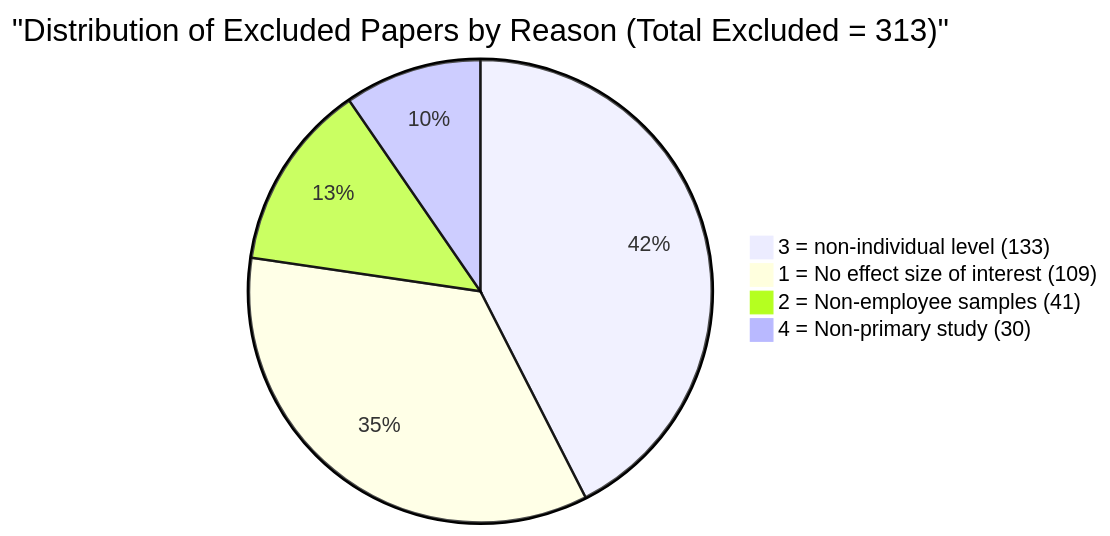
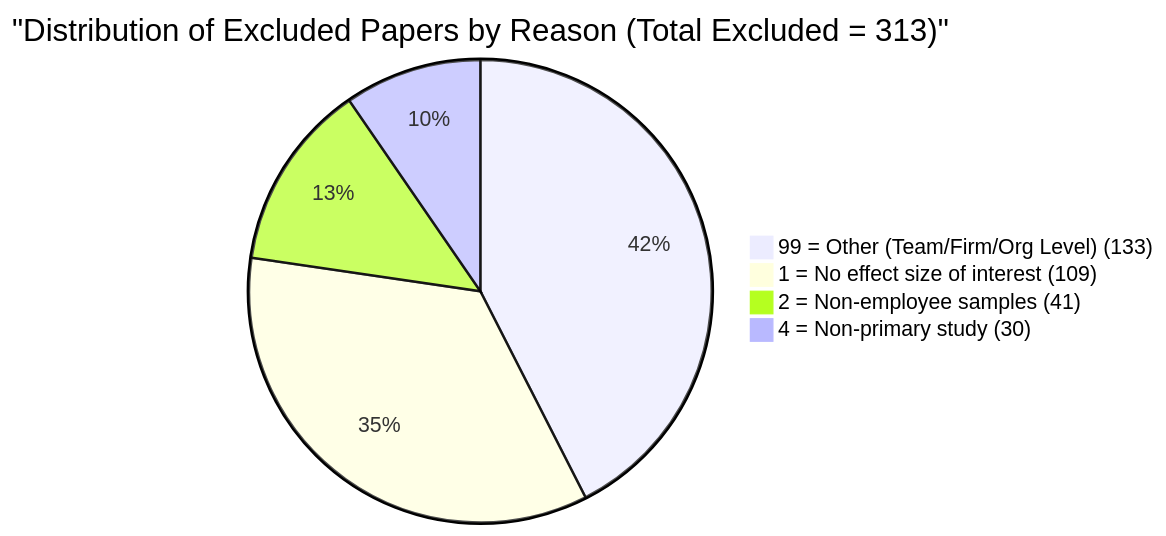
The diagram in 03_Archives_and_Backups/10_Historical_Logs_and_Reports/first_screening_results_report.md (canadaofbin-netizen/BSMA_Summative), drawn with Mermaid before and after one commit. The commit also changed other lines of this file and 3 other files, not shown here.

Commit message:
Fix: Synchronized Master Coding Sheet and all reports to use 99 = Other for team/firm level exclusions per AGENTS.md Rule 6

````diff
--- a/03_Archives_and_Backups/10_Historical_Logs_and_Reports/first_screening_results_report.md
+++ b/03_Archives_and_Backups/10_Historical_Logs_and_Reports/first_screening_results_report.md
@@ -37,7 +37,7 @@
 ```mermaid
 pie title "Distribution of Excluded Papers by Reason (Total Excluded = 313)"
-    "3 = non-individual level (133)" : 133
+    "99 = Other (Team/Firm/Org Level) (133)" : 133
     "1 = No effect size of interest (109)" : 109
     "2 = Non-employee samples (41)" : 41
     "4 = Non-primary study (30)" : 30
 ```
````
